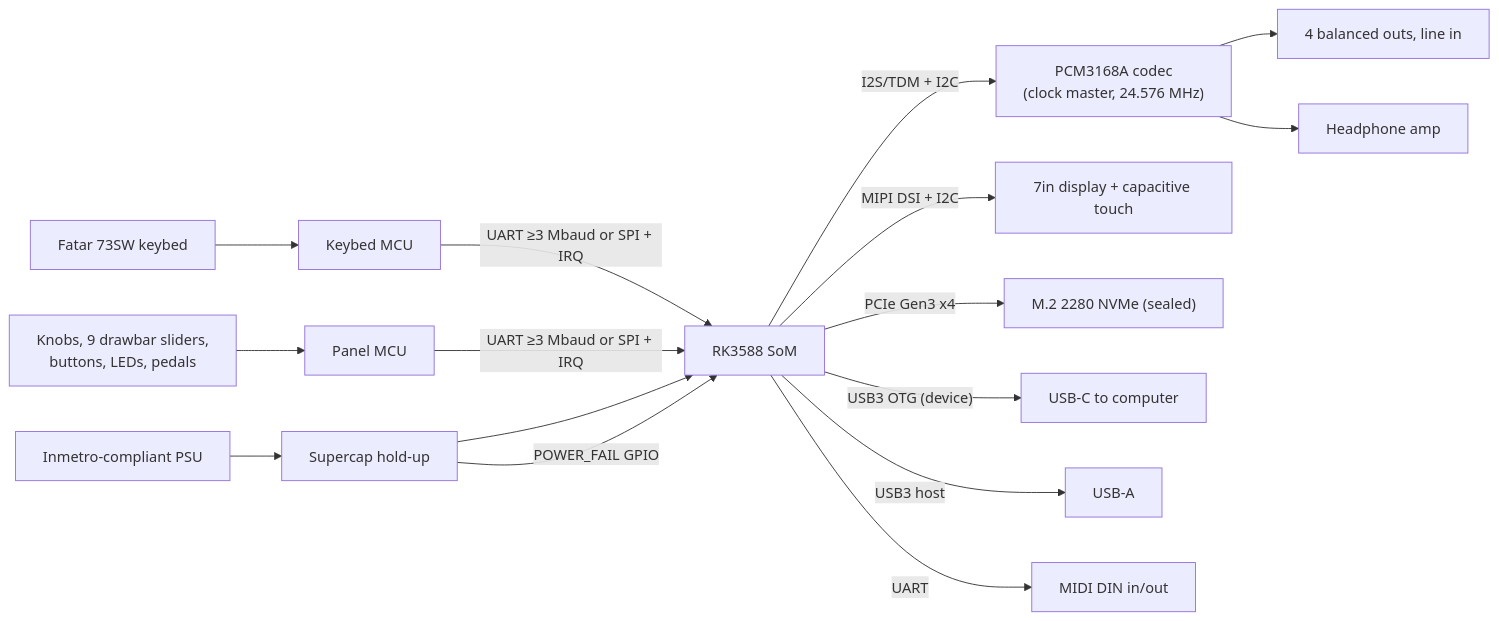
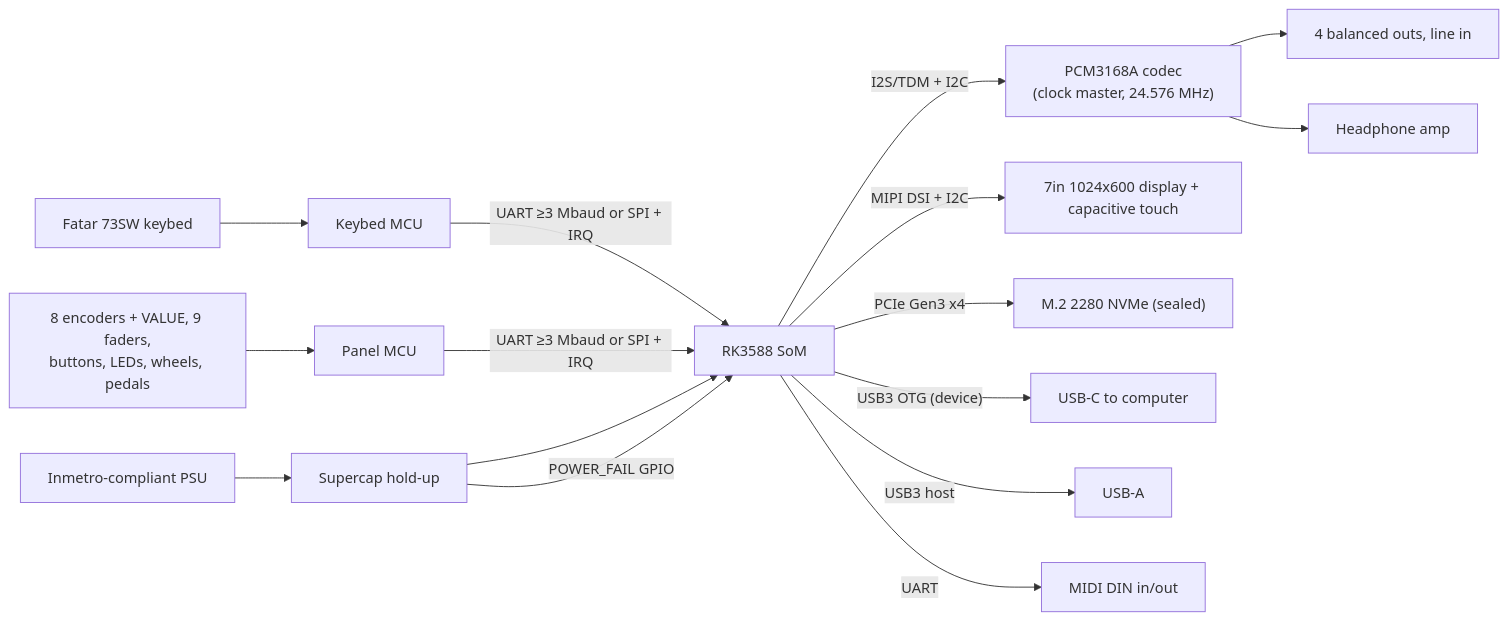
Before and after one commit to mateusbueno/buenos-x64-workstation: the diagram in _bmad-output/planning-artifacts/architecture/architecture-buenos-x64-workstation-2026-10-17/HARDWARE-INTERFACES.md, drawn with Mermaid. The commit also changed other lines of this file and 33 other files, not shown here.

````diff
--- a/_bmad-output/planning-artifacts/architecture/architecture-buenos-x64-workstation-2026-10-17/HARDWARE-INTERFACES.md
+++ b/_bmad-output/planning-artifacts/architecture/architecture-buenos-x64-workstation-2026-10-17/HARDWARE-INTERFACES.md
@@ -7,17 +7,17 @@
 ```mermaid
 flowchart LR
   KB["Fatar 73SW keybed"] --> KMCU["Keybed MCU"]
-  PANEL["Knobs, 9 drawbar sliders,<br/>buttons, LEDs, pedals"] --> PMCU["Panel MCU"]
+  PANEL["8 encoders + VALUE, 9 faders,<br/>buttons, LEDs, wheels, pedals"] --> PMCU["Panel MCU"]
   KMCU -- "UART ≥3 Mbaud or SPI + IRQ" --> SOM["RK3588 SoM"]
   PMCU -- "UART ≥3 Mbaud or SPI + IRQ" --> SOM
   SOM -- "I2S/TDM + I2C" --> CODEC["PCM3168A codec<br/>(clock master, 24.576 MHz)"]
   CODEC --> OUT["4 balanced outs, line in"]
   CODEC --> HP["Headphone amp"]
-  SOM -- "MIPI DSI + I2C" --> LCD["7in display + capacitive touch"]
+  SOM -- "MIPI DSI + I2C" --> LCD["7in 1024x600 display + capacitive touch"]
   SOM -- "PCIe Gen3 x4" --> NVME["M.2 2280 NVMe (sealed)"]
   SOM -- "USB3 OTG (device)" --> USBC["USB-C to computer"]
   SOM -- "USB3 host" --> USBA["USB-A"]
   SOM -- "UART" --> MIDI["MIDI DIN in/out"]
   PSU["Inmetro-compliant PSU"] --> HOLD["Supercap hold-up"] --> SOM
   HOLD -- "POWER_FAIL GPIO" --> SOM
 ```
````
